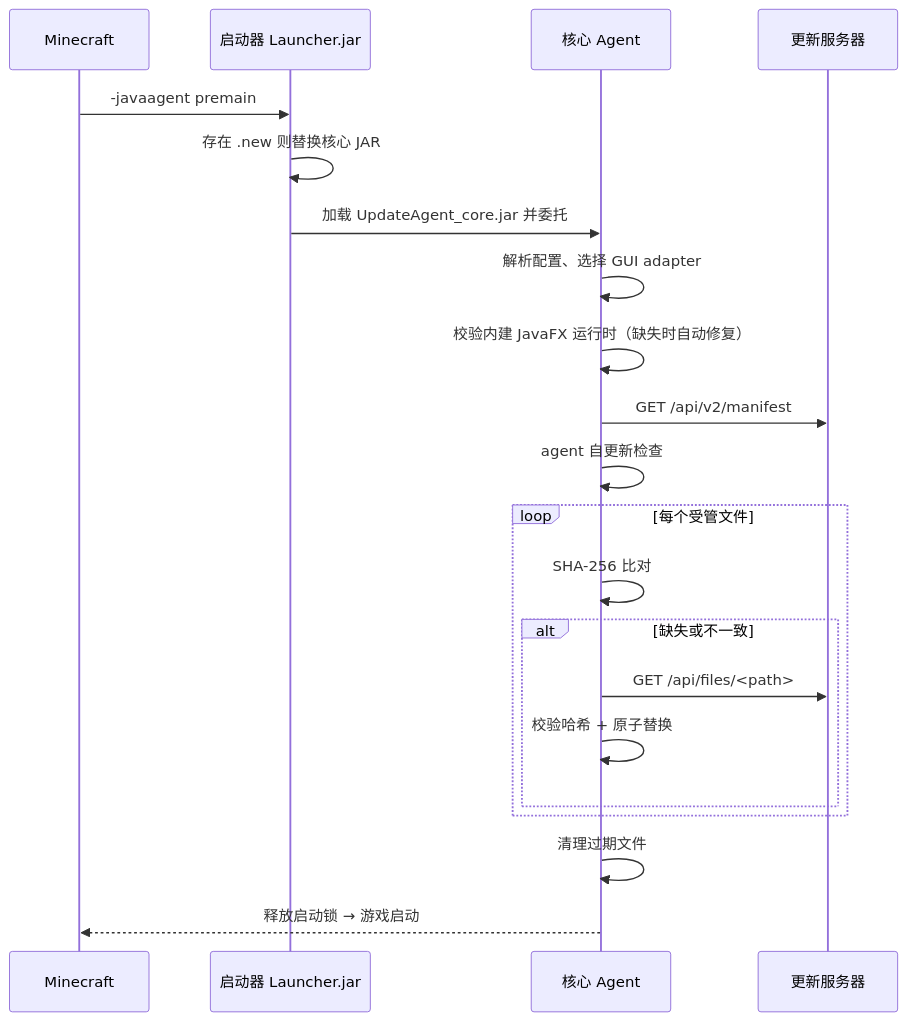
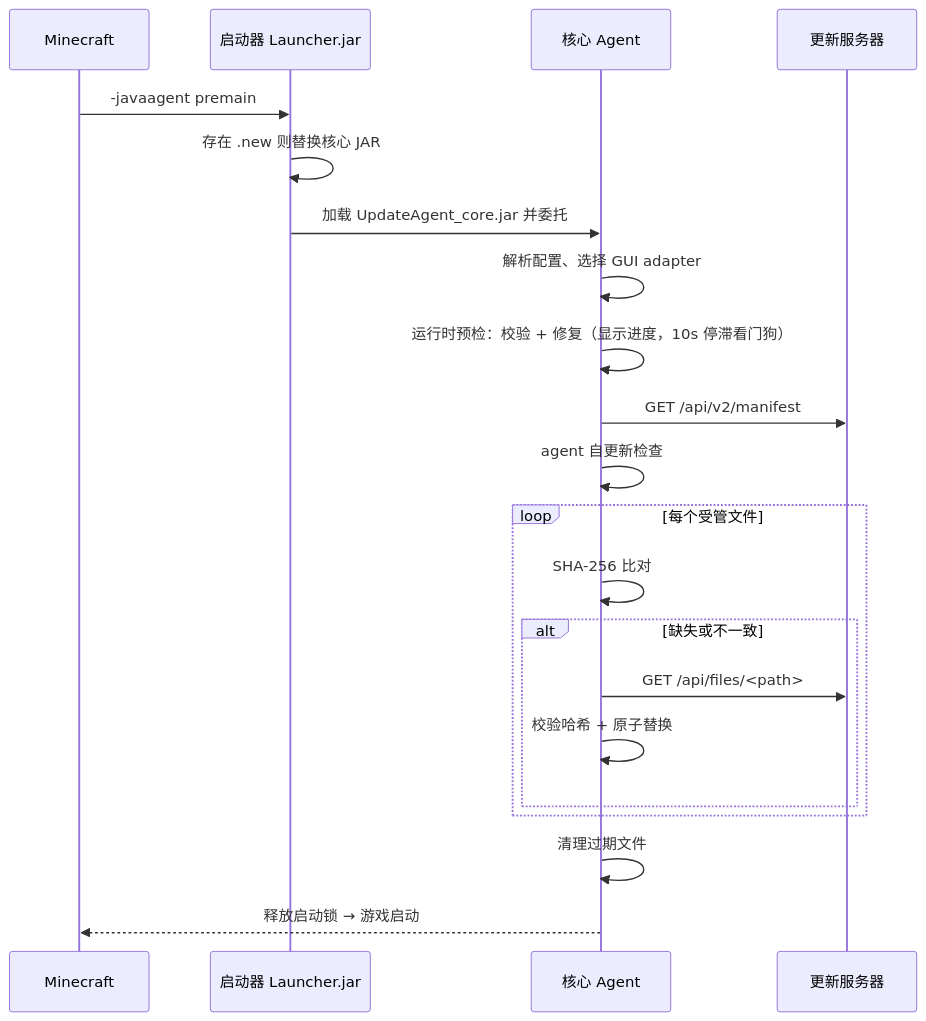
Before and after one commit to Zack88604/minecraft-server-updater-for656: the diagram in README_CN.md, drawn with Mermaid. The commit also changed other lines of this file and 10 other files, not shown here.

````diff
--- a/README_CN.md
+++ b/README_CN.md
@@ -51,23 +56,23 @@
 ```mermaid
 sequenceDiagram
     participant MC as Minecraft
     participant L as 启动器 Launcher.jar
     participant A as 核心 Agent
     participant S as 更新服务器
     MC->>L: -javaagent premain
     L->>L: 存在 .new 则替换核心 JAR
     L->>A: 加载 UpdateAgent_core.jar 并委托
     A->>A: 解析配置、选择 GUI adapter
-    A->>A: 校验内建 JavaFX 运行时（缺失时自动修复）
+    A->>A: 运行时预检：校验 + 修复（显示进度，10s 停滞看门狗）
     A->>S: GET /api/v2/manifest
     A->>A: agent 自更新检查
     loop 每个受管文件
         A->>A: SHA-256 比对
         alt 缺失或不一致
             A->>S: GET /api/files/<path>
             A->>A: 校验哈希 + 原子替换
         end
     end
     A->>A: 清理过期文件
     A-->>MC: 释放启动锁 → 游戏启动
 ```
````
